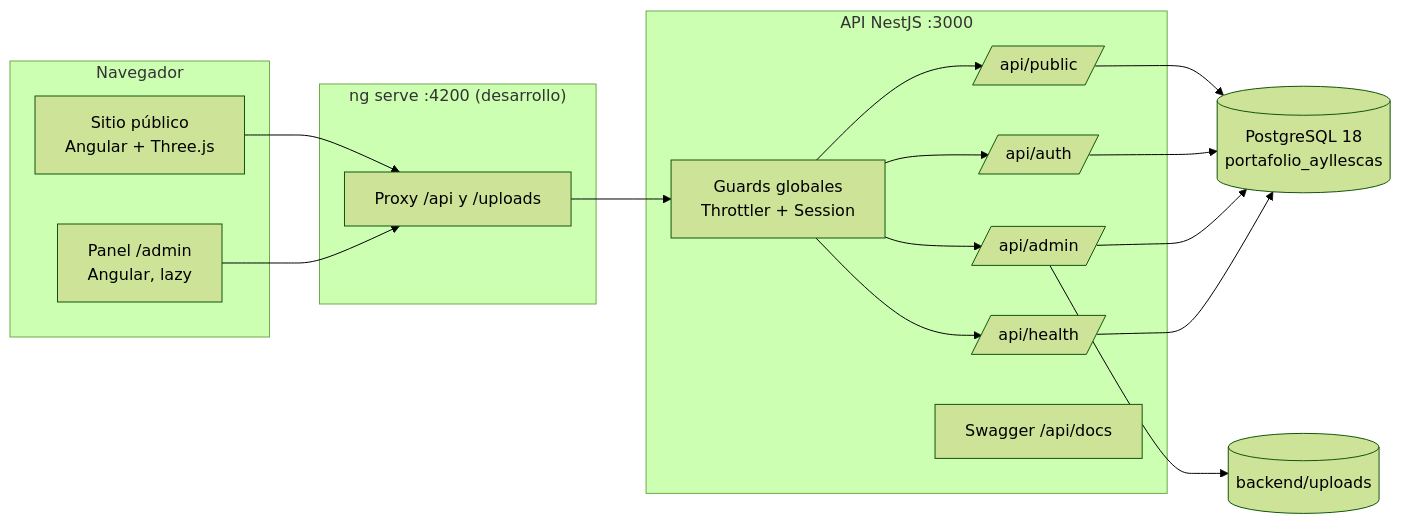
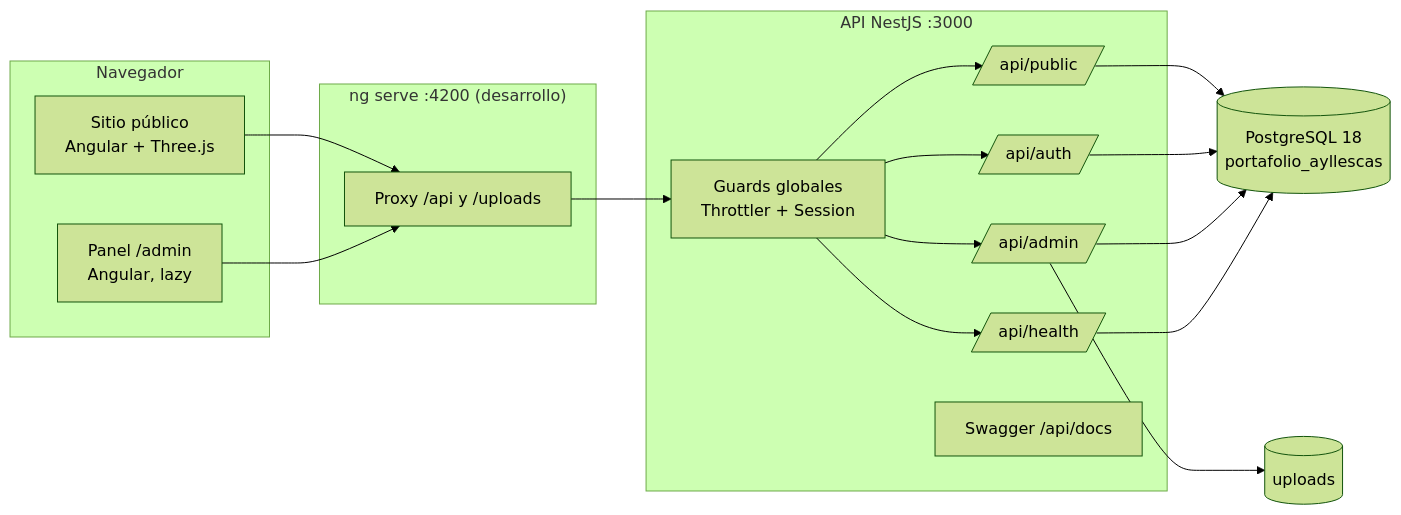
The diagram in docs/arquitectura.md (Ayllescas34/portafolio-backend), drawn with Mermaid (forest theme) before and after one commit. The commit also changed other lines of this file and 7 other files, not shown here.

````diff
--- a/docs/arquitectura.md
+++ b/docs/arquitectura.md
@@ -3,27 +3,27 @@
 ```mermaid
 flowchart LR
     subgraph Navegador
       P[Sitio público<br/>Angular + Three.js]
       A[Panel /admin<br/>Angular, lazy]
     end
     subgraph "ng serve :4200 (desarrollo)"
       PX[Proxy /api y /uploads]
     end
     subgraph "API NestJS :3000"
       G[Guards globales<br/>Throttler + Session]
       PUB[/api/public/]
       AUTH[/api/auth/]
       ADM[/api/admin/]
       H[/api/health/]
       SW[Swagger /api/docs]
     end
     DB[(PostgreSQL 18<br/>portafolio_ayllescas)]
-    FS[(backend/uploads)]
+    FS[(uploads)]
 
     P --> PX
     A --> PX
     PX --> G
     G --> PUB & AUTH & ADM & H
     PUB & AUTH & ADM & H --> DB
     ADM --> FS
 ```
````
